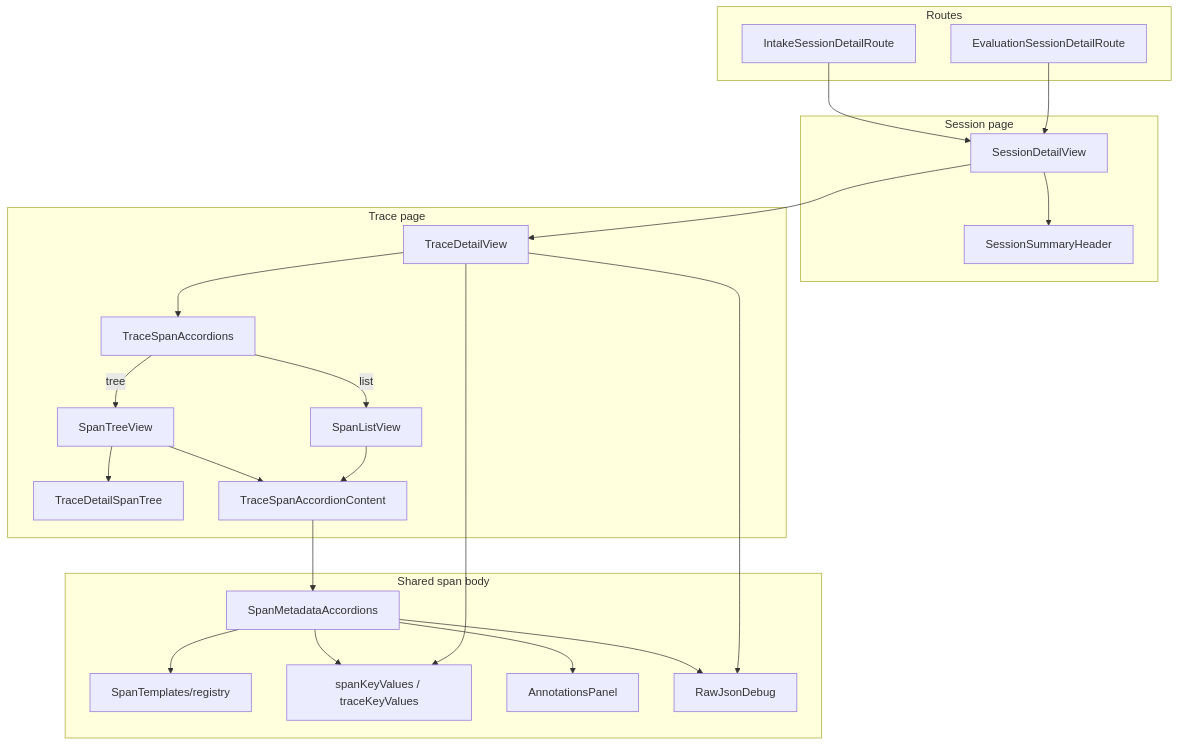
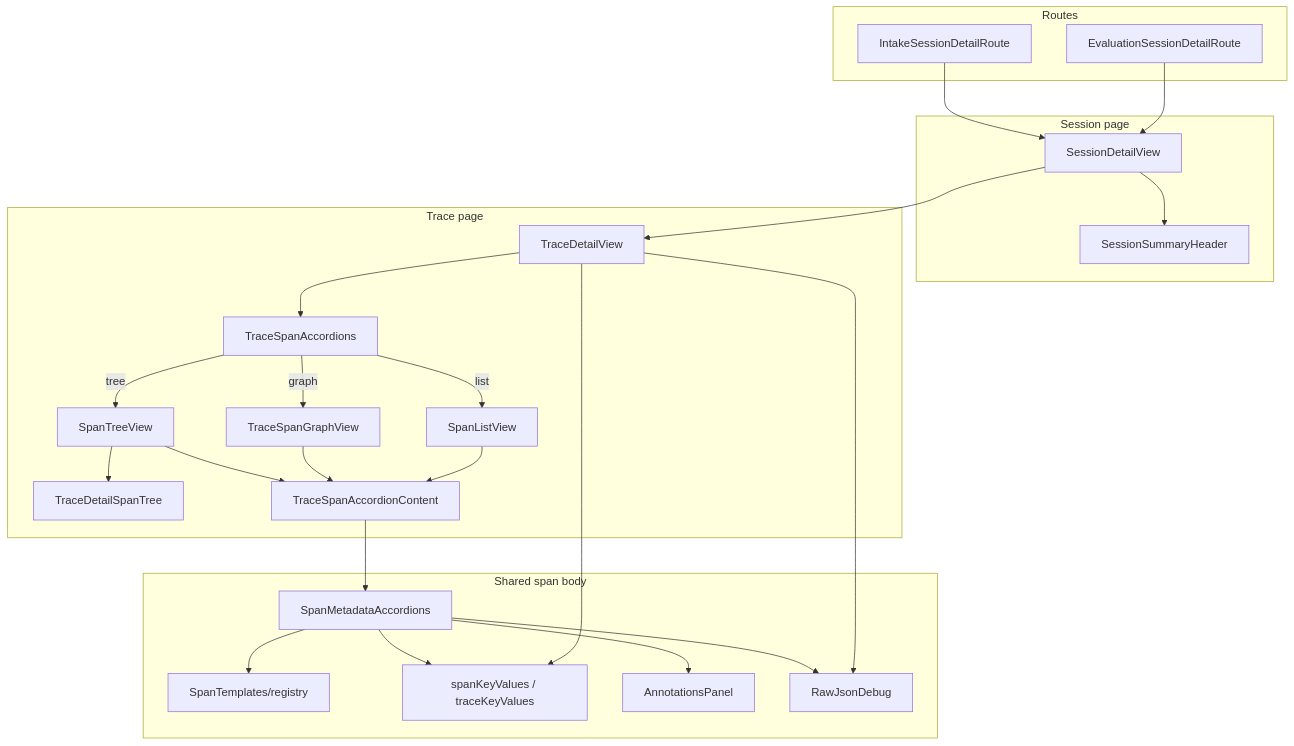
Before and after one commit to NVIDIA-NeMo/nemo-platform: the diagram in web/packages/studio/src/components/IntakeDetail/README.md, drawn with Mermaid. The commit also changed other lines of this file and 32 other files, not shown here.

Commit message:
feat(studio): add trace graph view

````diff
--- a/web/packages/studio/src/components/IntakeDetail/README.md
+++ b/web/packages/studio/src/components/IntakeDetail/README.md
@@ -13,47 +13,50 @@
 ```mermaid
 flowchart TB
   subgraph routes [Routes]
     SR[IntakeSessionDetailRoute]
     ER[EvaluationSessionDetailRoute]
   end
 
   subgraph session [Session page]
     SDV[SessionDetailView]
     SSH[SessionSummaryHeader]
   end
 
   subgraph trace [Trace page]
     TDV[TraceDetailView]
     TSA[TraceSpanAccordions]
     STV[SpanTreeView]
+    SGV[TraceSpanGraphView]
     SLV[SpanListView]
     TST[TraceDetailSpanTree]
     TAC[TraceSpanAccordionContent]
   end
 
   subgraph spanBody [Shared span body]
     SMA[SpanMetadataAccordions]
     REG[SpanTemplates/registry]
     SKV[spanKeyValues / traceKeyValues]
     IAP[AnnotationsPanel]
     RJD[RawJsonDebug]
   end
 
   SR --> SDV
   ER --> SDV
   SDV --> SSH
   SDV --> TDV
   TDV --> TSA
   TSA -->|tree| STV
+  TSA -->|graph| SGV
   TSA -->|list| SLV
   STV --> TST
   STV --> TAC
+  SGV --> TAC
   SLV --> TAC
   TAC --> SMA
   SMA --> REG
   SMA --> SKV
   SMA --> IAP
   SMA --> RJD
   TDV --> SKV
   TDV --> RJD
 ```
````
